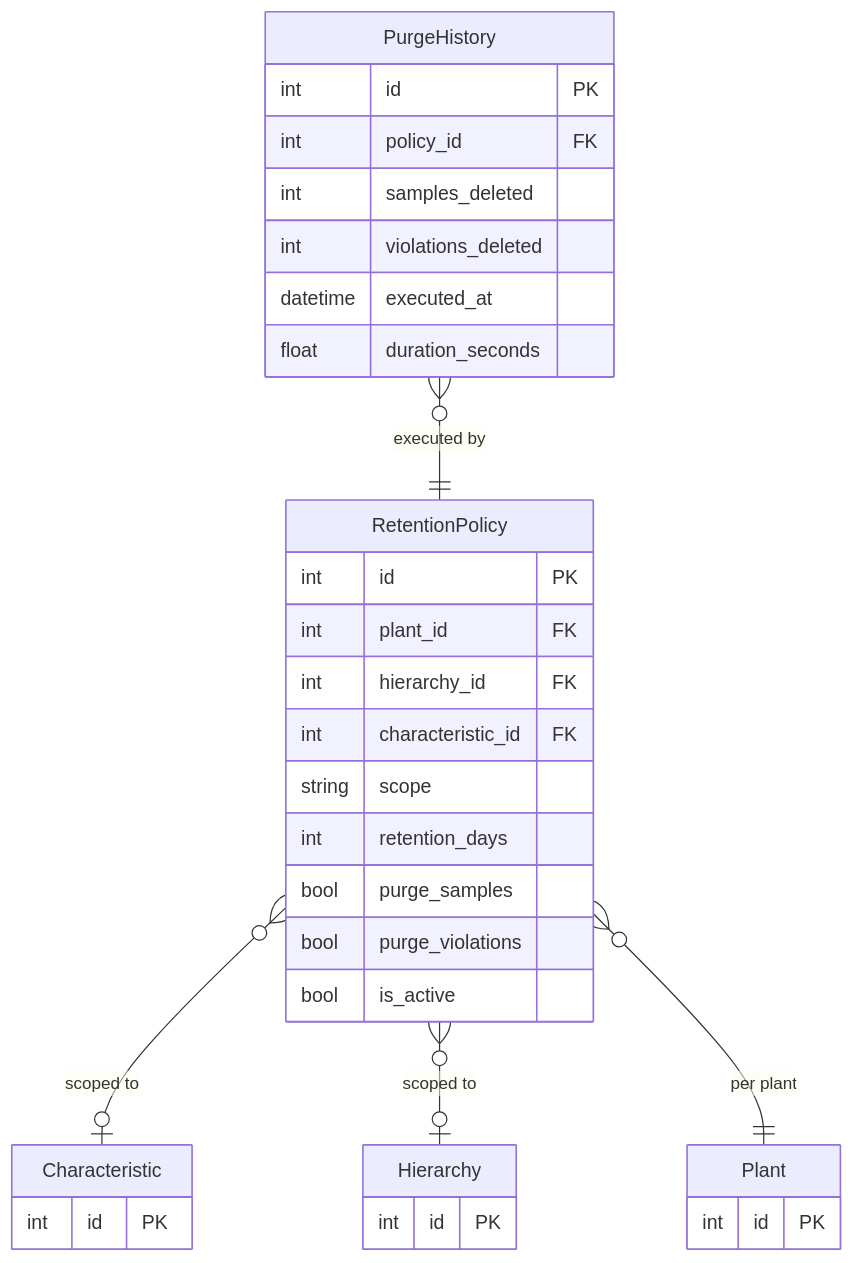
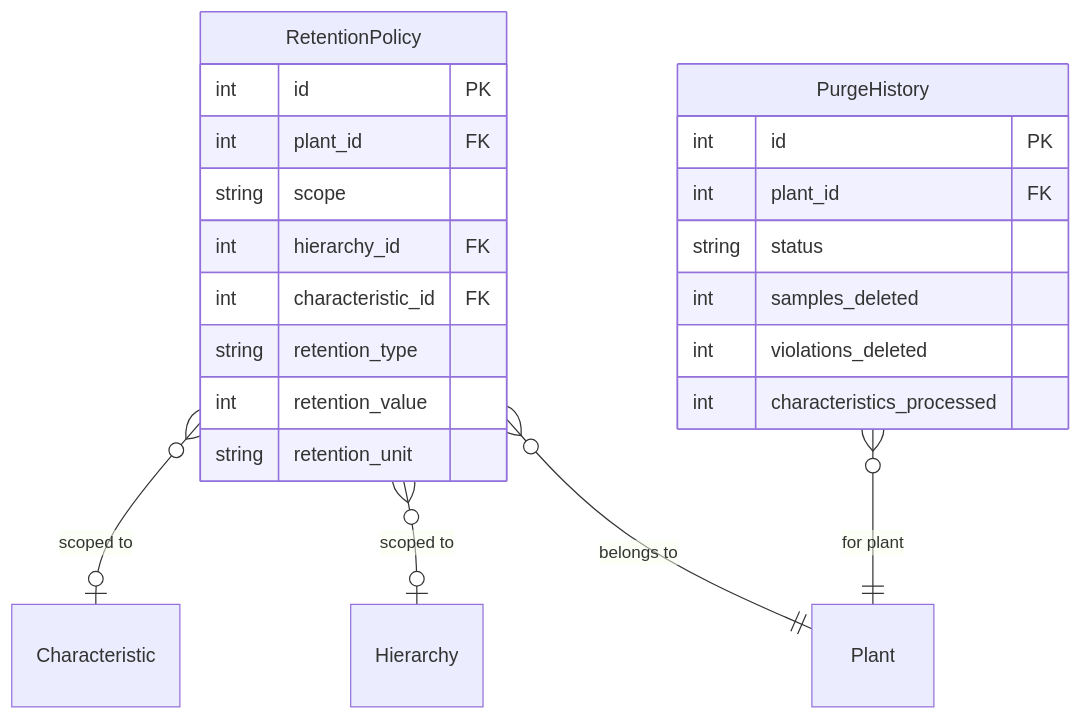
Before and after one commit to saturnis-io/cassini: the second of 2 diagrams in .knowledge/features/retention.md, drawn with Mermaid. The commit also changed other lines of this file and 16 other files, not shown here.

First line of the commit message:
knowledge-graph: regenerate

````diff
--- a/.knowledge/features/retention.md
+++ b/.knowledge/features/retention.md
@@ -27,35 +28,25 @@
 ```mermaid
 erDiagram
-    RetentionPolicy }o--o| Characteristic : "scoped to"
-    RetentionPolicy }o--o| Hierarchy : "scoped to"
-    RetentionPolicy }o--|| Plant : "per plant"
-    PurgeHistory }o--|| RetentionPolicy : "executed by"
     RetentionPolicy {
         int id PK
         int plant_id FK
+        string scope
         int hierarchy_id FK
         int characteristic_id FK
-        string scope
-        int retention_days
-        bool purge_samples
-        bool purge_violations
-        bool is_active
+        string retention_type
+        int retention_value
+        string retention_unit
     }
+    RetentionPolicy }o--o| Characteristic : "scoped to"
+    RetentionPolicy }o--o| Hierarchy : "scoped to"
+    RetentionPolicy }o--|| Plant : "belongs to"
     PurgeHistory {
         int id PK
-        int policy_id FK
+        int plant_id FK
+        string status
         int samples_deleted
         int violations_deleted
-        datetime executed_at
-        float duration_seconds
+        int characteristics_processed
     }
-    Plant {
-        int id PK
-    }
-    Hierarchy {
-        int id PK
-    }
-    Characteristic {
-        int id PK
-    }
+    PurgeHistory }o--|| Plant : "for plant"
 ```
````
